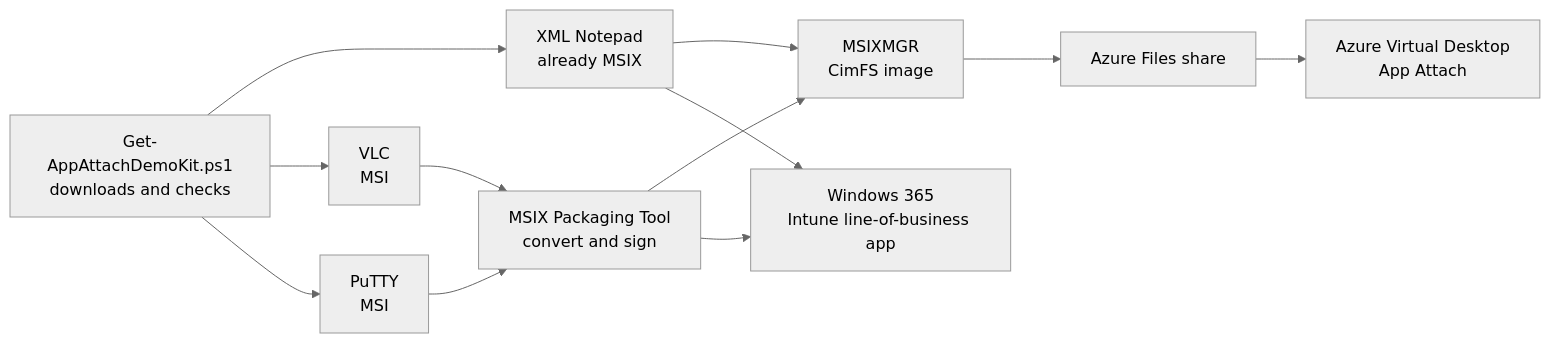
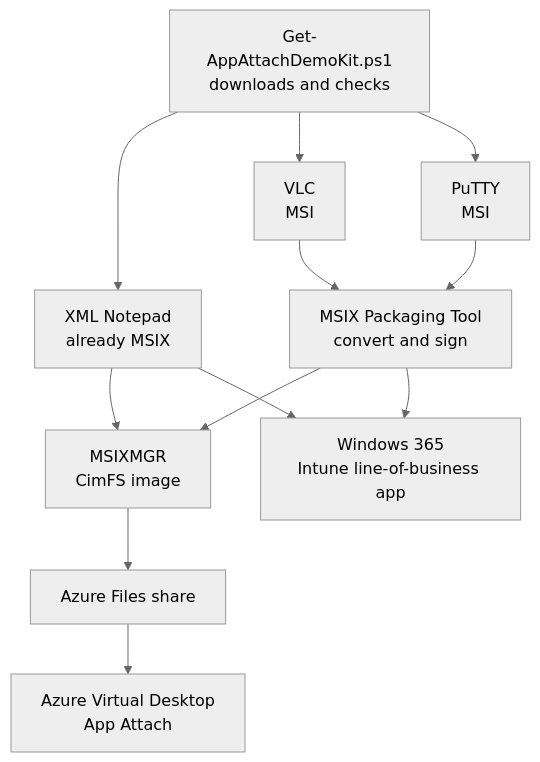
The diagram in docs/app-attach/demo.md (marckean/AVD-Reference_Architecture), drawn with Mermaid (neutral theme) before and after one commit.

Commit message:
Lay out the demo flow top to bottom so it reads at page width

````diff
--- a/docs/app-attach/demo.md
+++ b/docs/app-attach/demo.md
@@ -25,14 +25,14 @@
 ```mermaid
-flowchart LR
+flowchart TB
     K["Get-AppAttachDemoKit.ps1<br/>downloads and checks"] --> X["XML Notepad<br/>already MSIX"]
     K --> V["VLC<br/>MSI"]
     K --> P["PuTTY<br/>MSI"]
     V --> C["MSIX Packaging Tool<br/>convert and sign"]
     P --> C
     X --> I["MSIXMGR<br/>CimFS image"]
     C --> I
     C --> W["Windows 365<br/>Intune line-of-business app"]
     X --> W
     I --> S["Azure Files share"]
     S --> A["Azure Virtual Desktop<br/>App Attach"]
 ```
````
